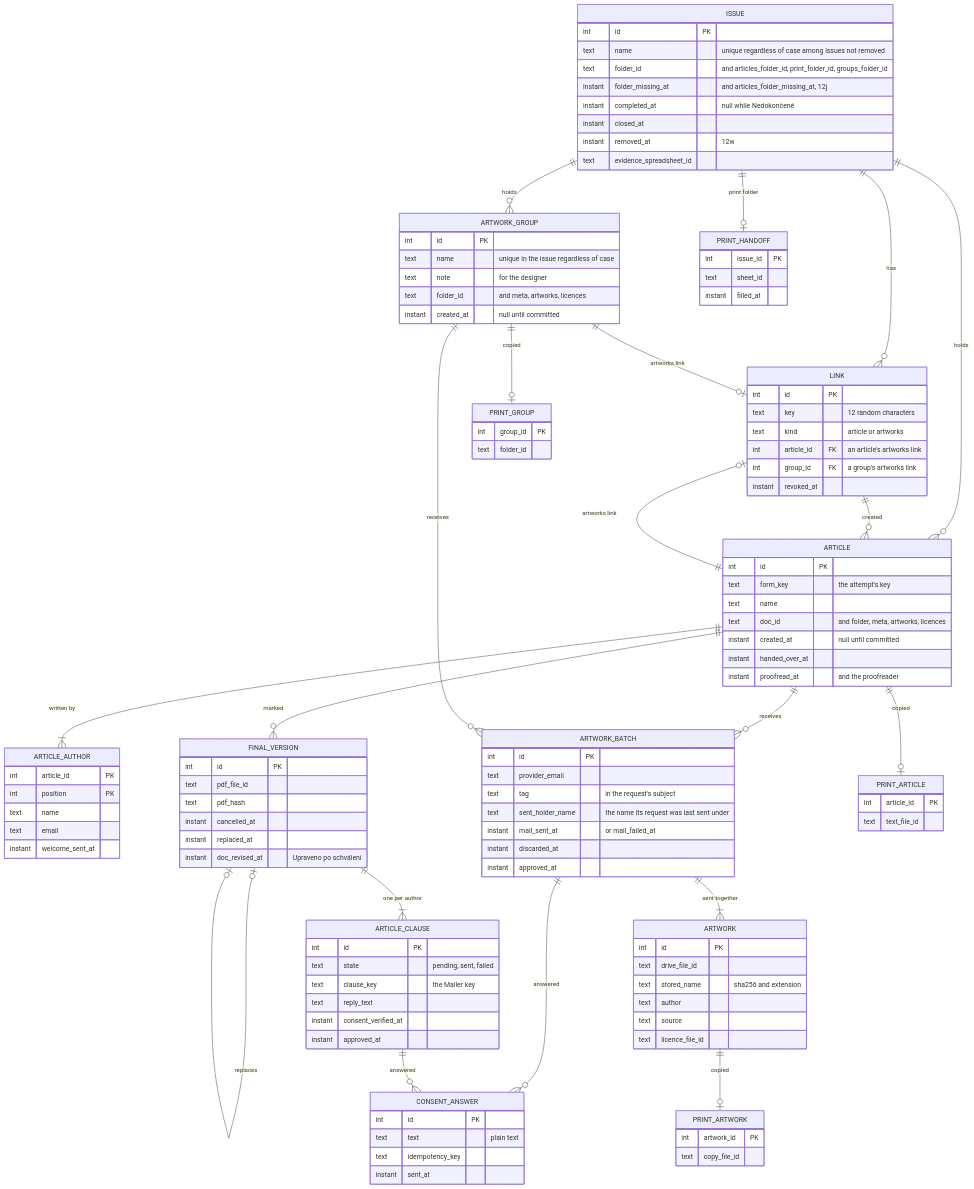
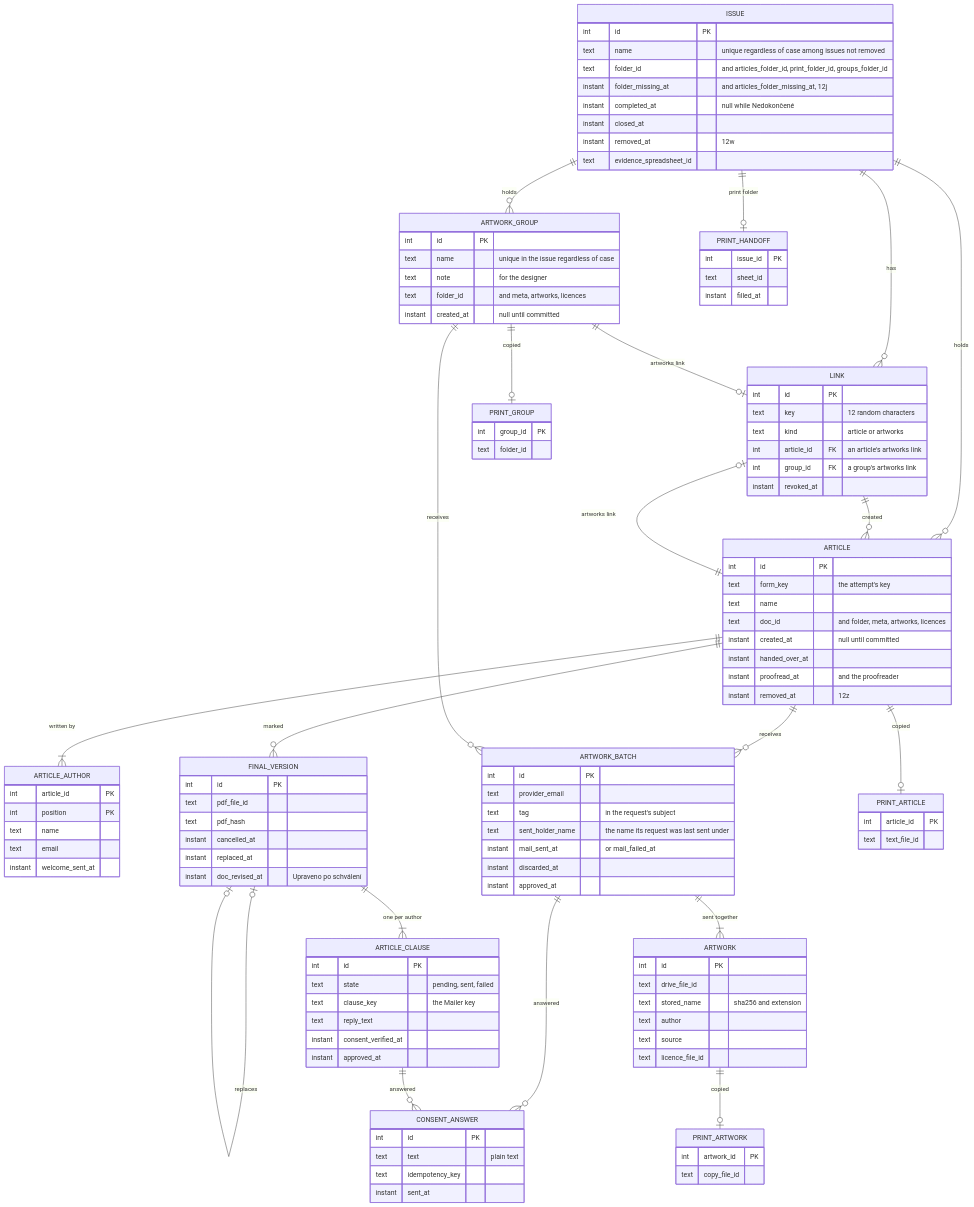
Before and after one commit to vednemesicnik/cz.vednemesicnik.publikace: the second of 6 diagrams in docs/architecture.md, drawn with Mermaid. The commit also changed other lines of this file and 31 other files, not shown here.

```diff
--- a/docs/architecture.md
+++ b/docs/architecture.md
@@ -133,6 +133,7 @@
     instant created_at "null until committed"
     instant handed_over_at
     instant proofread_at "and the proofreader"
+    instant removed_at "12z"
   }
   ARTICLE_AUTHOR {
     int article_id PK
```
